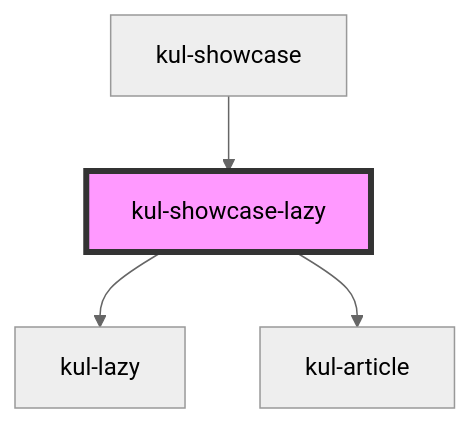
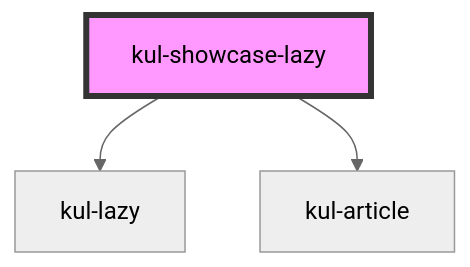
Before and after one commit to smeup/ketchup: the diagram in packages/ketchup-lite/src/components/kul-showcase/components/lazy/readme.md, drawn with Mermaid (neutral theme). The commit also changed other lines of this file and 25 other files, not shown here.

````diff
--- a/packages/ketchup-lite/src/components/kul-showcase/components/lazy/readme.md
+++ b/packages/ketchup-lite/src/components/kul-showcase/components/lazy/readme.md
@@ -31,7 +27,6 @@
 ```mermaid
 graph TD;
   kul-showcase-lazy --> kul-lazy
   kul-showcase-lazy --> kul-article
-  kul-showcase --> kul-showcase-lazy
   style kul-showcase-lazy fill:#f9f,stroke:#333,stroke-width:4px
 ```
````
